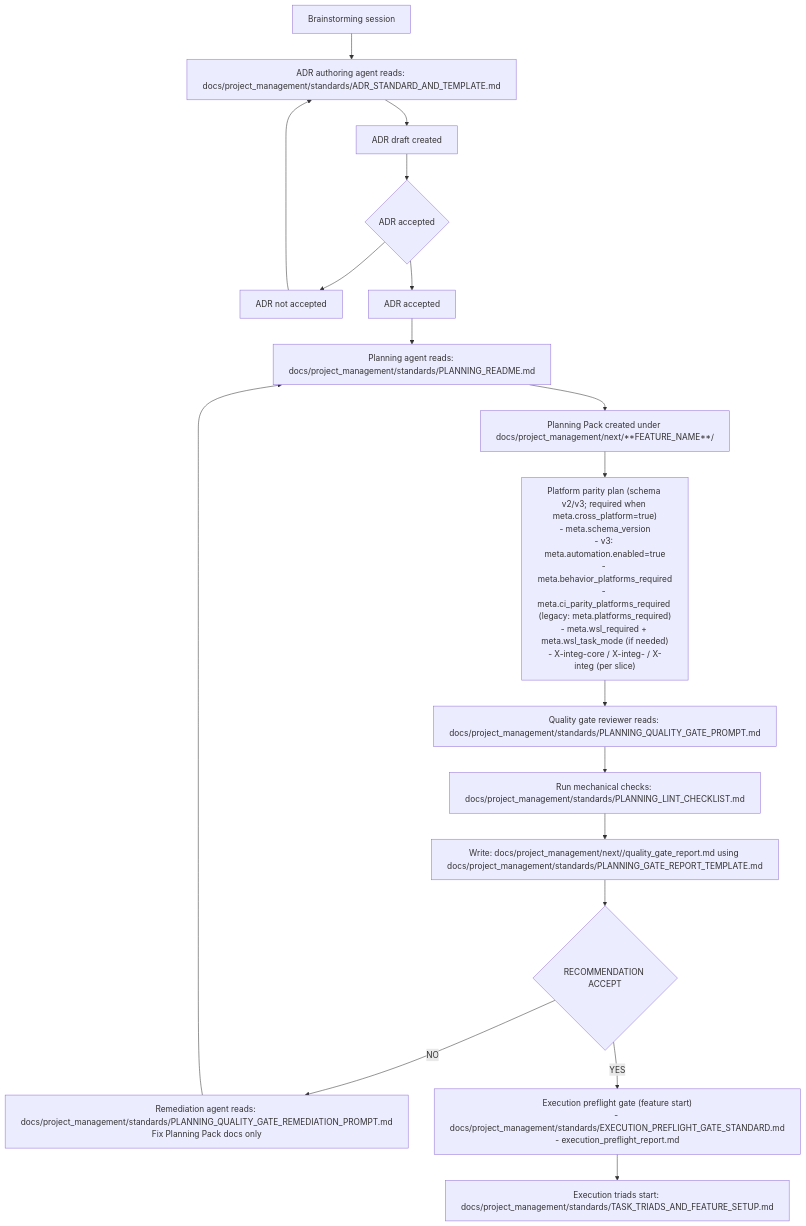
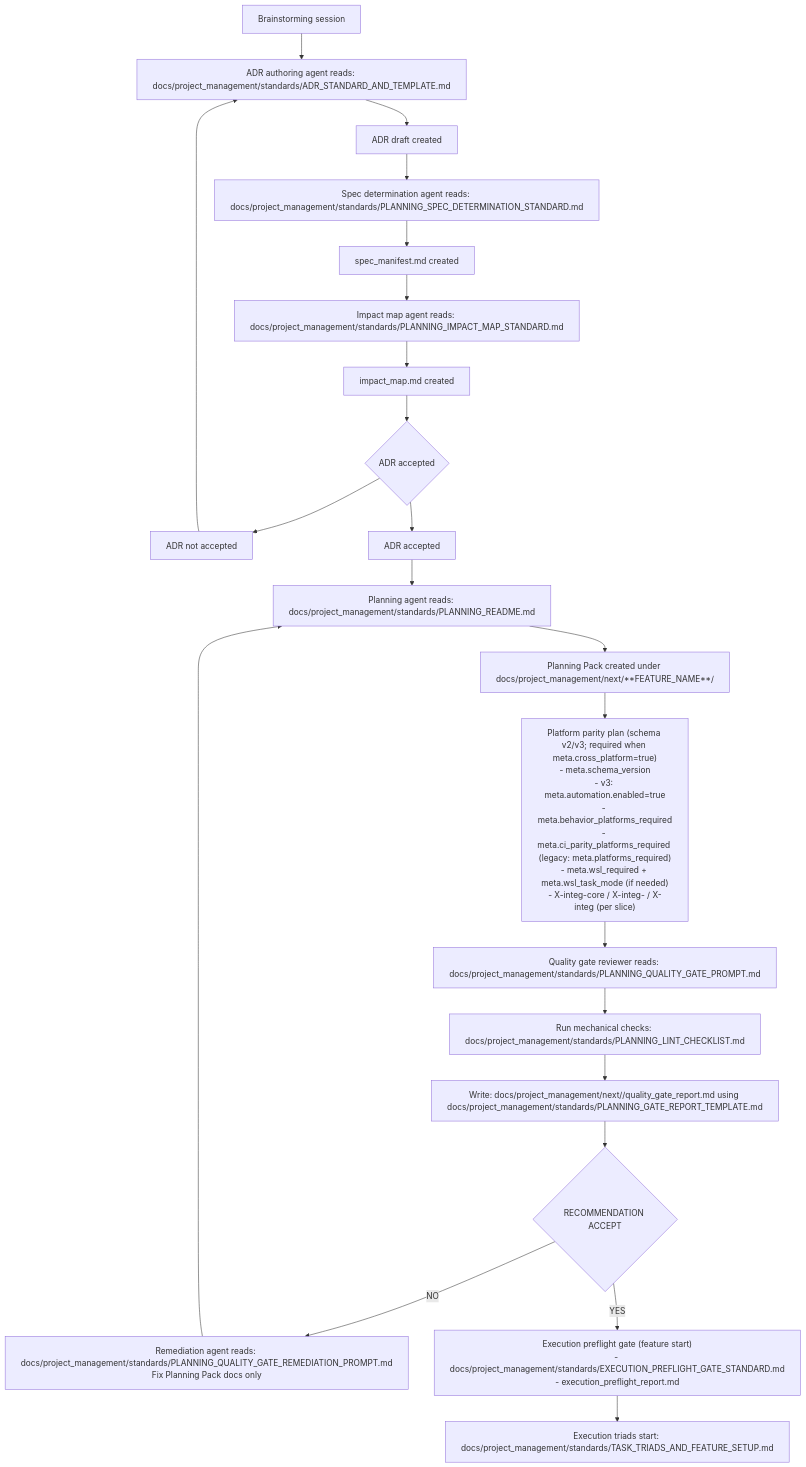
One commit to atomize-hq/substrate changed the diagram in docs/project_management/standards/PLANNING_WORKFLOW_OVERVIEW.md. Above: the diagram before and after it, drawn with Mermaid. The commit also changed other lines of this file and 49 other files, not shown here.

First line of the commit message:
feat(planning): spec manifest + impact map + slice IDs

````diff
--- a/docs/project_management/standards/PLANNING_WORKFLOW_OVERVIEW.md
+++ b/docs/project_management/standards/PLANNING_WORKFLOW_OVERVIEW.md
@@ -17,39 +18,43 @@
 ```mermaid
 flowchart TD
   A[Brainstorming session]
   B["ADR authoring agent reads: docs/project_management/standards/ADR_STANDARD_AND_TEMPLATE.md"]
   C[ADR draft created]
+  SM["Spec determination agent reads: docs/project_management/standards/PLANNING_SPEC_DETERMINATION_STANDARD.md"]
+  SMD[spec_manifest.md created]
+  IM["Impact map agent reads: docs/project_management/standards/PLANNING_IMPACT_MAP_STANDARD.md"]
+  IMD[impact_map.md created]
   D{ADR accepted}
   D_NO[ADR not accepted]
   D_YES[ADR accepted]
 
   P["Planning agent reads: docs/project_management/standards/PLANNING_README.md"]
   PACK[Planning Pack created under docs/project_management/next/**FEATURE_NAME**/]
   PP["Platform parity plan (schema v2/v3; required when meta.cross_platform=true)\n- meta.schema_version\n- v3: meta.automation.enabled=true\n- meta.behavior_platforms_required\n- meta.ci_parity_platforms_required (legacy: meta.platforms_required)\n- meta.wsl_required + meta.wsl_task_mode (if needed)\n- X-integ-core / X-integ-<platform> / X-integ (per slice)"]
 
   Q["Quality gate reviewer reads: docs/project_management/standards/PLANNING_QUALITY_GATE_PROMPT.md"]
   LINT["Run mechanical checks: docs/project_management/standards/PLANNING_LINT_CHECKLIST.md"]
   REPORT["Write: docs/project_management/next/<feature>/quality_gate_report.md using docs/project_management/standards/PLANNING_GATE_REPORT_TEMPLATE.md"]
   GATE{RECOMMENDATION ACCEPT}
   REMEDIATE["Remediation agent reads: docs/project_management/standards/PLANNING_QUALITY_GATE_REMEDIATION_PROMPT.md\nFix Planning Pack docs only"]
   PREFLIGHT["Execution preflight gate (feature start)\n- docs/project_management/standards/EXECUTION_PREFLIGHT_GATE_STANDARD.md\n- execution_preflight_report.md"]
   GATE_YES["Execution triads start: docs/project_management/standards/TASK_TRIADS_AND_FEATURE_SETUP.md"]
 
   A --> B
   B --> C
-  C --> D
+  C --> SM --> SMD --> IM --> IMD --> D
   D --> D_NO
   D --> D_YES
   D_NO --> B
 
   D_YES --> P
   P --> PACK
   PACK --> PP
   PP --> Q
   Q --> LINT
   LINT --> REPORT
   REPORT --> GATE
   GATE -- "NO" --> REMEDIATE
   GATE -- "YES" --> PREFLIGHT --> GATE_YES
   REMEDIATE --> P
 ```
````
